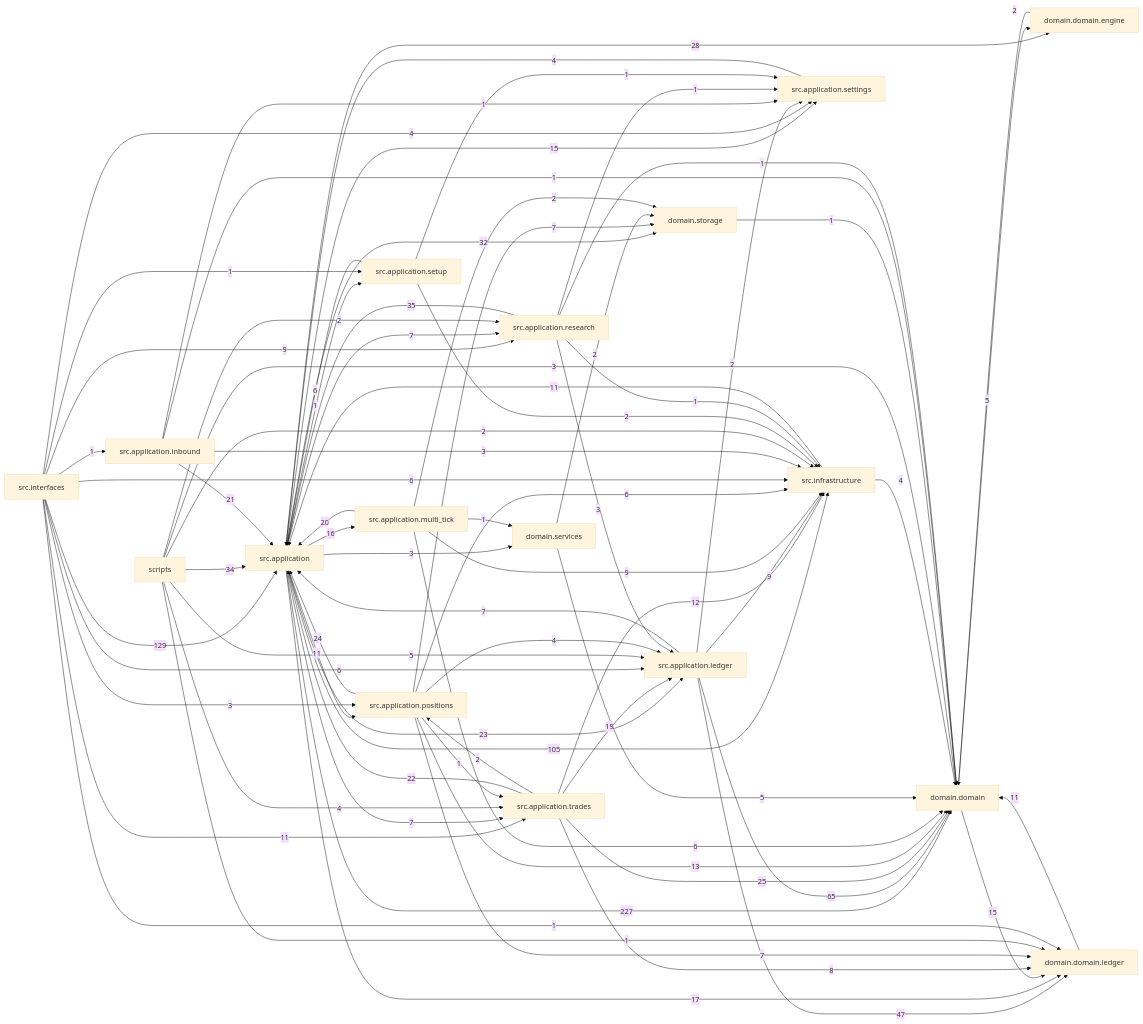
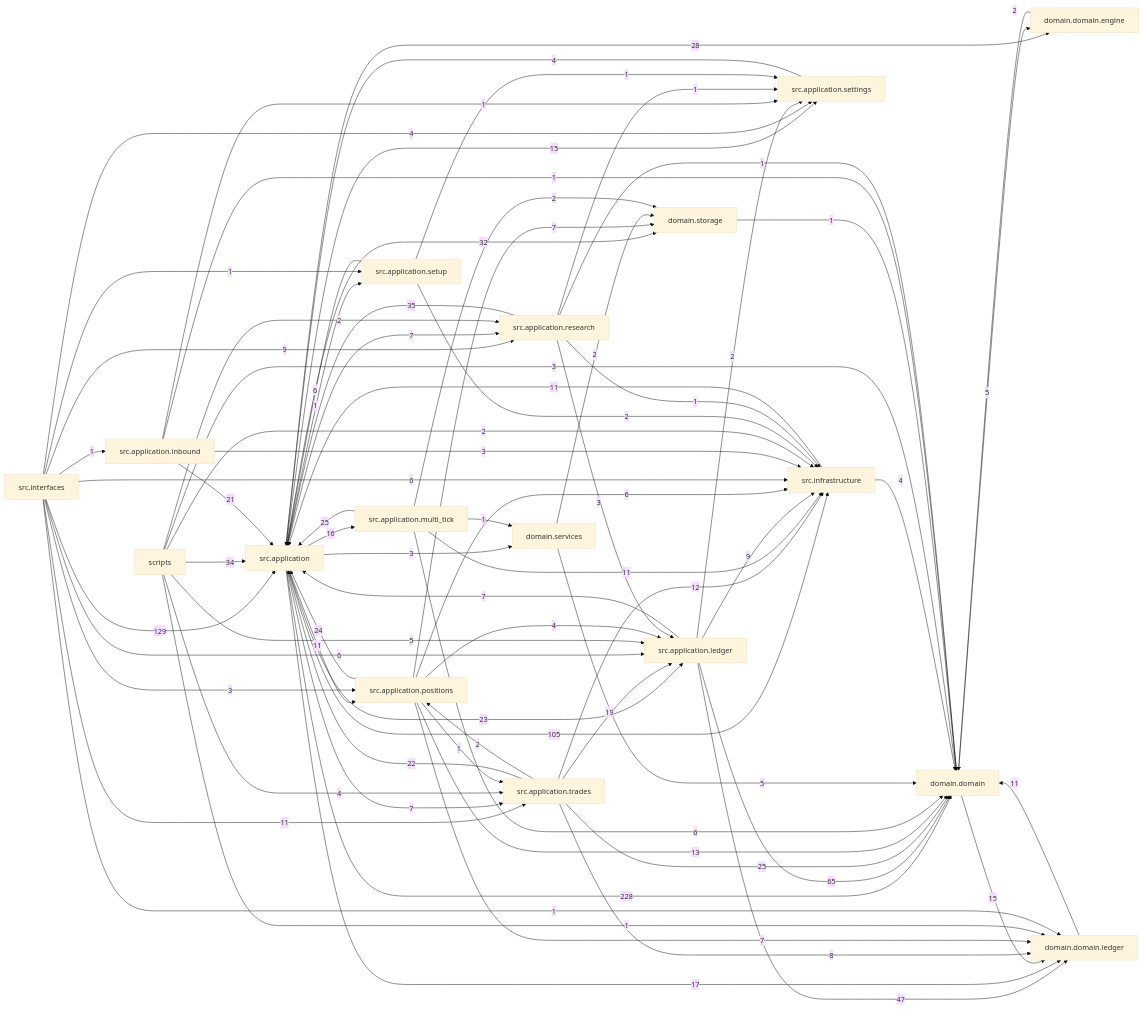
One commit to liuxie066/options-monitor changed the diagram in docs/dependency_graph.mmd. Above: the diagram before and after it, drawn with Mermaid (base theme). The commit also changed 15 other files, not shown here.

```diff
--- a/docs/dependency_graph.mmd
+++ b/docs/dependency_graph.mmd
@@ -1,76 +1,76 @@
 flowchart LR
-  src_application["src.application"] -->|227| domain_domain["domain.domain"]
+  src_application["src.application"] -->|228| domain_domain["domain.domain"]
   src_interfaces["src.interfaces"] -->|129| src_application["src.application"]
   src_application["src.application"] -->|105| src_infrastructure["src.infrastructure"]
   src_application_ledger["src.application.ledger"] -->|65| domain_domain["domain.domain"]
   src_application_ledger["src.application.ledger"] -->|47| domain_domain_ledger["domain.domain.ledger"]
   src_application_research["src.application.research"] -->|35| src_application["src.application"]
   scripts["scripts"] -->|34| src_application["src.application"]
   src_application["src.application"] -->|32| domain_storage["domain.storage"]
   src_application["src.application"] -->|28| domain_domain_engine["domain.domain.engine"]
+  src_application_multi_tick["src.application.multi_tick"] -->|25| src_application["src.application"]
   src_application_trades["src.application.trades"] -->|25| domain_domain["domain.domain"]
   src_application_positions["src.application.positions"] -->|24| src_application["src.application"]
   src_application["src.application"] -->|23| src_application_ledger["src.application.ledger"]
   src_application_trades["src.application.trades"] -->|22| src_application["src.application"]
   src_application_inbound["src.application.inbound"] -->|21| src_application["src.application"]
-  src_application_multi_tick["src.application.multi_tick"] -->|20| src_application["src.application"]
   src_application_trades["src.application.trades"] -->|19| src_application_ledger["src.application.ledger"]
   src_application["src.application"] -->|17| domain_domain_ledger["domain.domain.ledger"]
   src_application["src.application"] -->|16| src_application_multi_tick["src.application.multi_tick"]
   domain_domain["domain.domain"] -->|15| domain_domain_ledger["domain.domain.ledger"]
   src_application["src.application"] -->|15| src_application_settings["src.application.settings"]
   src_application_positions["src.application.positions"] -->|13| domain_domain["domain.domain"]
   src_application_trades["src.application.trades"] -->|12| src_infrastructure["src.infrastructure"]
   domain_domain_ledger["domain.domain.ledger"] -->|11| domain_domain["domain.domain"]
   src_application["src.application"] -->|11| src_application_positions["src.application.positions"]
+  src_application_multi_tick["src.application.multi_tick"] -->|11| src_infrastructure["src.infrastructure"]
   src_infrastructure["src.infrastructure"] -->|11| src_application["src.application"]
   src_interfaces["src.interfaces"] -->|11| src_application_trades["src.application.trades"]
   src_application_ledger["src.application.ledger"] -->|9| src_infrastructure["src.infrastructure"]
-  src_application_multi_tick["src.application.multi_tick"] -->|9| src_infrastructure["src.infrastructure"]
   src_interfaces["src.interfaces"] -->|9| src_application_research["src.application.research"]
   src_application_trades["src.application.trades"] -->|8| domain_domain_ledger["domain.domain.ledger"]
   src_application["src.application"] -->|7| src_application_research["src.application.research"]
   src_application["src.application"] -->|7| src_application_trades["src.application.trades"]
   src_application_ledger["src.application.ledger"] -->|7| src_application["src.application"]
   src_application_positions["src.application.positions"] -->|7| domain_domain_ledger["domain.domain.ledger"]
   src_application_positions["src.application.positions"] -->|7| domain_storage["domain.storage"]
   src_application_multi_tick["src.application.multi_tick"] -->|6| domain_domain["domain.domain"]
   src_application_positions["src.application.positions"] -->|6| src_infrastructure["src.infrastructure"]
   src_application_setup["src.application.setup"] -->|6| src_application["src.application"]
   src_interfaces["src.interfaces"] -->|6| src_application_ledger["src.application.ledger"]
   src_interfaces["src.interfaces"] -->|6| src_infrastructure["src.infrastructure"]
   domain_domain["domain.domain"] -->|5| domain_domain_engine["domain.domain.engine"]
   domain_services["domain.services"] -->|5| domain_domain["domain.domain"]
   scripts["scripts"] -->|5| src_application_ledger["src.application.ledger"]
   scripts["scripts"] -->|4| src_application_trades["src.application.trades"]
   src_application_positions["src.application.positions"] -->|4| src_application_ledger["src.application.ledger"]
   src_application_settings["src.application.settings"] -->|4| src_application["src.application"]
   src_infrastructure["src.infrastructure"] -->|4| domain_domain["domain.domain"]
   src_interfaces["src.interfaces"] -->|4| src_application_settings["src.application.settings"]
   scripts["scripts"] -->|3| domain_domain["domain.domain"]
   src_application["src.application"] -->|3| domain_services["domain.services"]
   src_application_inbound["src.application.inbound"] -->|3| src_infrastructure["src.infrastructure"]
   src_application_research["src.application.research"] -->|3| src_application_ledger["src.application.ledger"]
   src_interfaces["src.interfaces"] -->|3| src_application_positions["src.application.positions"]
   domain_domain_engine["domain.domain.engine"] -->|2| domain_domain["domain.domain"]
   domain_services["domain.services"] -->|2| domain_storage["domain.storage"]
   scripts["scripts"] -->|2| src_application_research["src.application.research"]
   scripts["scripts"] -->|2| src_infrastructure["src.infrastructure"]
   src_application_ledger["src.application.ledger"] -->|2| src_application_settings["src.application.settings"]
   src_application_multi_tick["src.application.multi_tick"] -->|2| domain_storage["domain.storage"]
   src_application_setup["src.application.setup"] -->|2| src_infrastructure["src.infrastructure"]
   src_application_trades["src.application.trades"] -->|2| src_application_positions["src.application.positions"]
   domain_storage["domain.storage"] -->|1| domain_domain["domain.domain"]
   scripts["scripts"] -->|1| domain_domain_ledger["domain.domain.ledger"]
   src_application["src.application"] -->|1| src_application_setup["src.application.setup"]
   src_application_inbound["src.application.inbound"] -->|1| domain_domain["domain.domain"]
   src_application_inbound["src.application.inbound"] -->|1| src_application_settings["src.application.settings"]
   src_application_multi_tick["src.application.multi_tick"] -->|1| domain_services["domain.services"]
   src_application_positions["src.application.positions"] -->|1| src_application_trades["src.application.trades"]
   src_application_research["src.application.research"] -->|1| domain_domain["domain.domain"]
   src_application_research["src.application.research"] -->|1| src_application_settings["src.application.settings"]
   src_application_research["src.application.research"] -->|1| src_infrastructure["src.infrastructure"]
   src_application_setup["src.application.setup"] -->|1| src_application_settings["src.application.settings"]
   src_interfaces["src.interfaces"] -->|1| domain_domain_ledger["domain.domain.ledger"]
   src_interfaces["src.interfaces"] -->|1| src_application_inbound["src.application.inbound"]
   src_interfaces["src.interfaces"] -->|1| src_application_setup["src.application.setup"]
```
